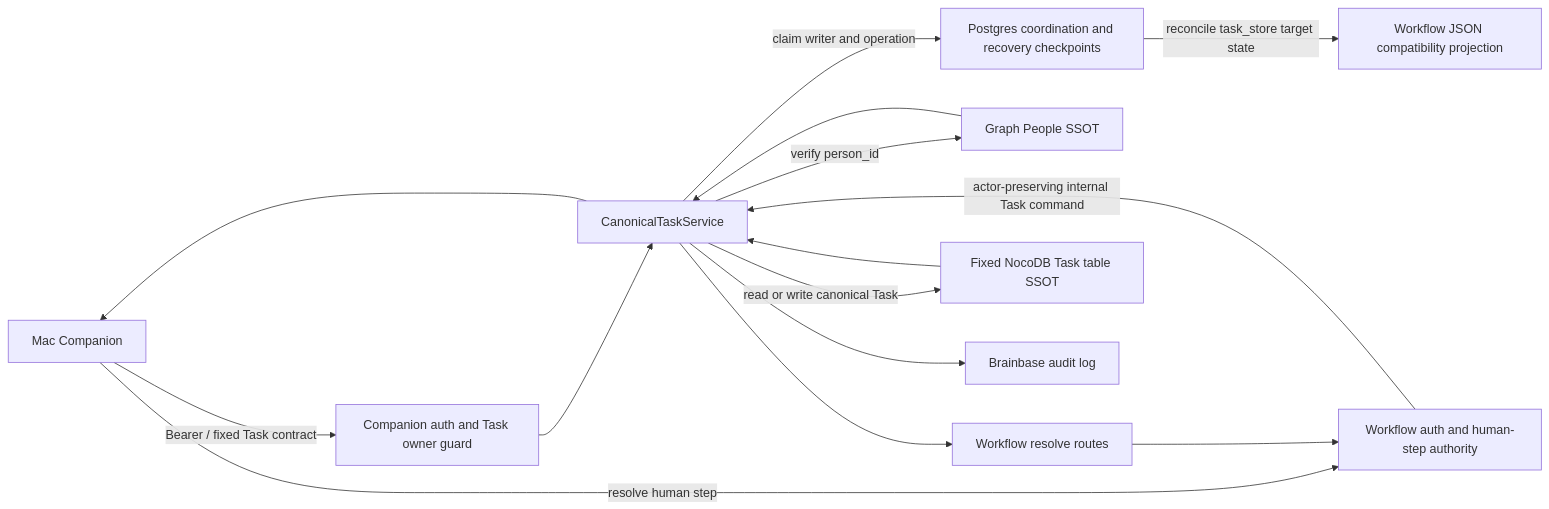
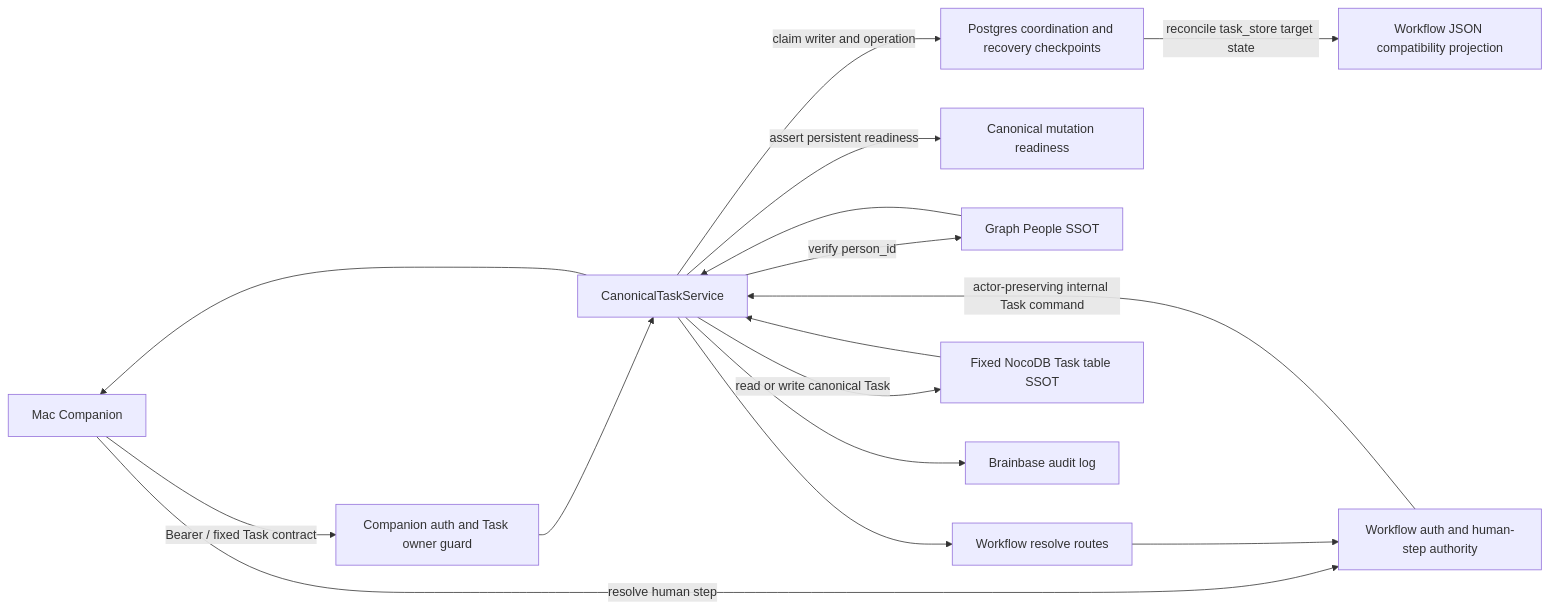
One commit to Unson-LLC/brainbase changed the diagram in docs/architecture/story-companion-canonical-task-provider.md. Above: the diagram before and after it, drawn with Mermaid. The commit also changed other lines of this file and 5 other files, not shown here.

````diff
--- a/docs/architecture/story-companion-canonical-task-provider.md
+++ b/docs/architecture/story-companion-canonical-task-provider.md
@@ -74,17 +77,18 @@
 ```mermaid
 flowchart LR
   Mac["Mac Companion"] -->|"Bearer / fixed Task contract"| Guard["Companion auth and Task owner guard"]
   Mac -->|"resolve human step"| WorkflowAuth["Workflow auth and human-step authority"]
   Workflow["Workflow resolve routes"] --> WorkflowAuth
   Guard --> Service["CanonicalTaskService"]
   WorkflowAuth -->|"actor-preserving internal Task command"| Service
+  Service -->|"assert persistent readiness"| Ready["Canonical mutation readiness"]
   Service -->|"verify person_id"| Graph["Graph People SSOT"]
   Service -->|"claim writer and operation"| PG["Postgres coordination and recovery checkpoints"]
   Service -->|"read or write canonical Task"| Noco["Fixed NocoDB Task table SSOT"]
   Service --> Audit["Brainbase audit log"]
   PG -->|"reconcile task_store target state"| JSON["Workflow JSON compatibility projection"]
   Noco --> Service
   Graph --> Service
   Service --> Mac
   Service --> Workflow
 ```
````
